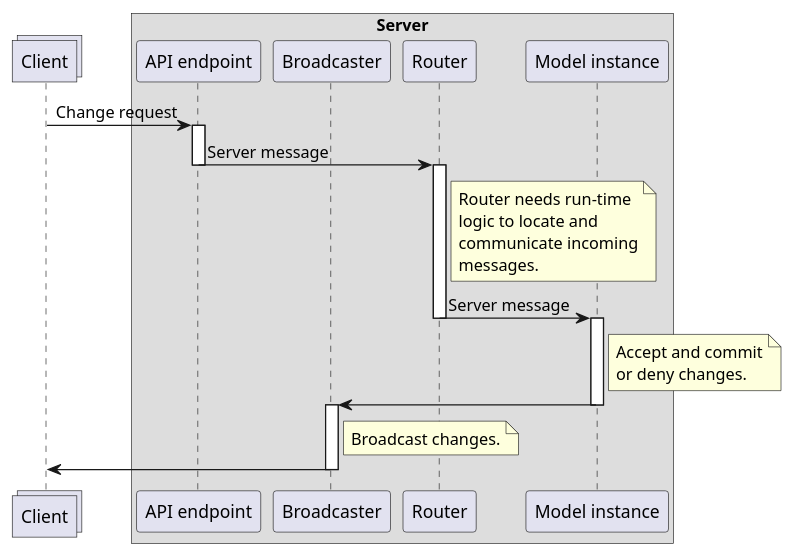
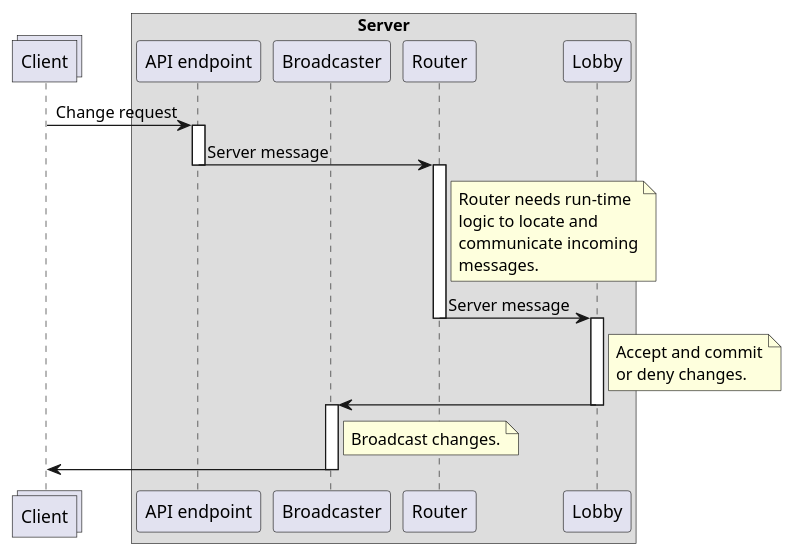
The diagram in Process/Sequence/ServerInput.puml (SWA-group-1/PlantUML), drawn with PlantUML before and after one commit. The commit also changed 1 other file, not shown here.

Commit message:
Update server input diagram

```diff
--- a/Process/Sequence/ServerInput.puml
+++ b/Process/Sequence/ServerInput.puml
@@ -1,43 +1,43 @@
 @startuml
 'https://plantuml.com/deployment-diagram
 
 collections "Client" as clients
 box "Server"
     participant "API endpoint" as endpoint
     participant "Broadcaster" as broadcaster
     participant "Router" as router
-    participant "Model instance" as model
+    participant "Lobby" as lobby
 end box
 
 clients -> endpoint : Change request
 
 activate endpoint
 endpoint -> router : Server message
 deactivate endpoint
 
 activate router
 note right of router
     Router needs run-time
     logic to locate and
     communicate incoming
     messages.
 end note
-router -> model : Server message
+router -> lobby : Server message
 deactivate router
 
-activate model
-note right of model
+activate lobby
+note right of lobby
     Accept and commit
     or deny changes.
 end note
-model -> broadcaster
-deactivate model
+lobby -> broadcaster
+deactivate lobby
 
 activate broadcaster
 note right of broadcaster
     Broadcast changes.
 end note
 broadcaster -> clients
 deactivate broadcaster
 
 @enduml
```
